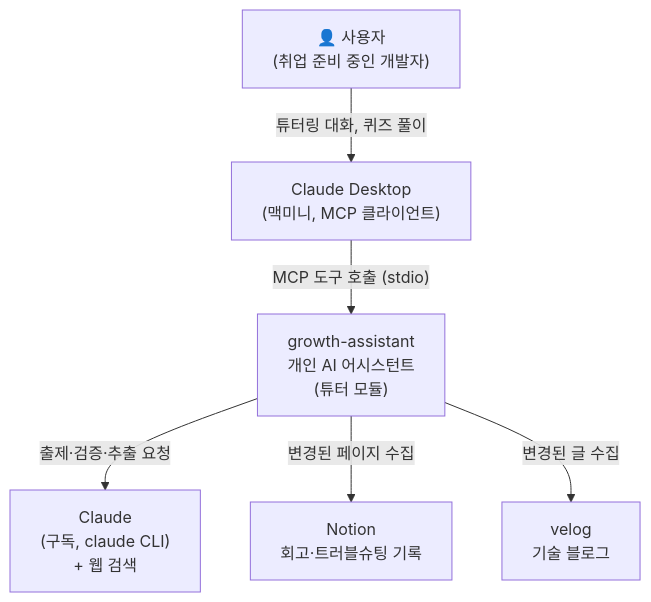
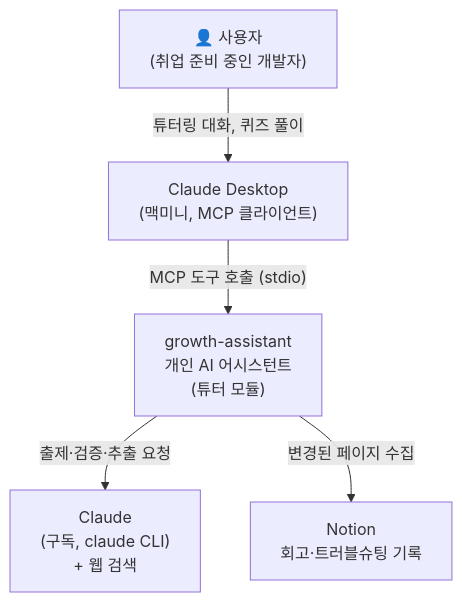
Before and after one commit to Wonchang0314/growth-assistant: the diagram in docs/architecture/c4-1-context.md, drawn with Mermaid. The commit also changed other lines of this file and 10 other files, not shown here.

````diff
--- a/docs/architecture/c4-1-context.md
+++ b/docs/architecture/c4-1-context.md
@@ -5,15 +5,13 @@
 ```mermaid
 flowchart TB
     user["👤 사용자<br/>(취업 준비 중인 개발자)"]
     ga["growth-assistant<br/>개인 AI 어시스턴트<br/>(튜터 모듈)"]
     desktop["Claude Desktop<br/>(맥미니, MCP 클라이언트)"]
     claude["Claude<br/>(구독, claude CLI)<br/>+ 웹 검색"]
     notion["Notion<br/>회고·트러블슈팅 기록"]
-    velog["velog<br/>기술 블로그"]
 
     user -- "튜터링 대화, 퀴즈 풀이" --> desktop
     desktop -- "MCP 도구 호출 (stdio)" --> ga
     ga -- "출제·검증·추출 요청" --> claude
     ga -- "변경된 페이지 수집" --> notion
-    ga -- "변경된 글 수집" --> velog
 ```
````
